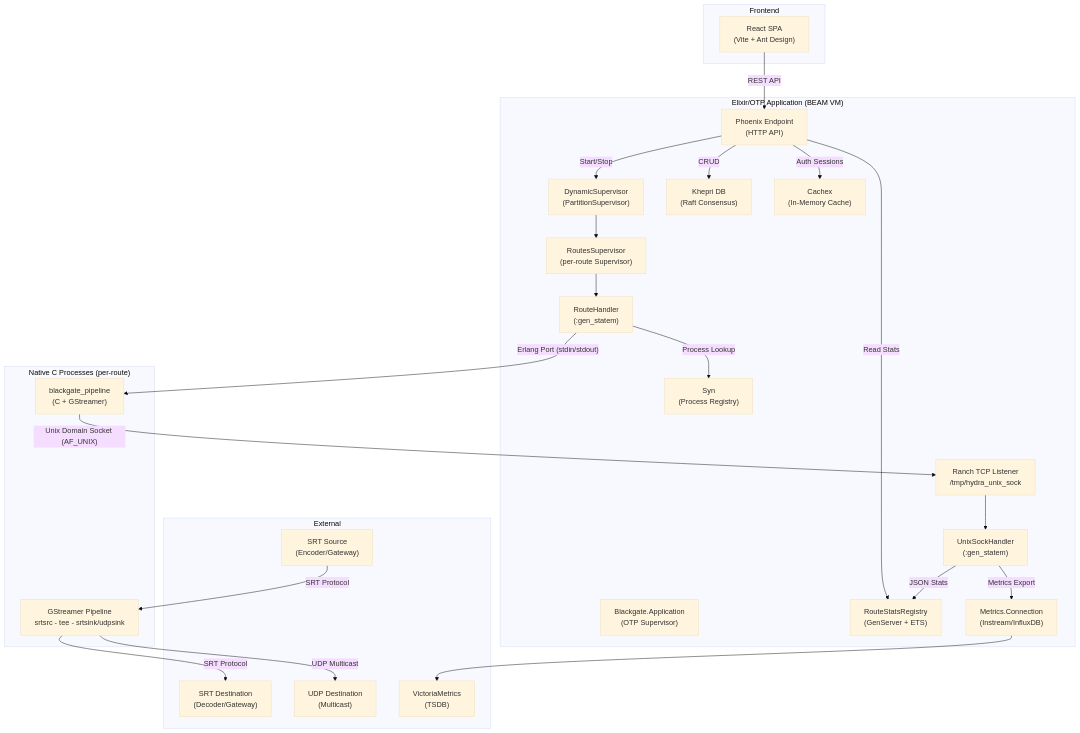
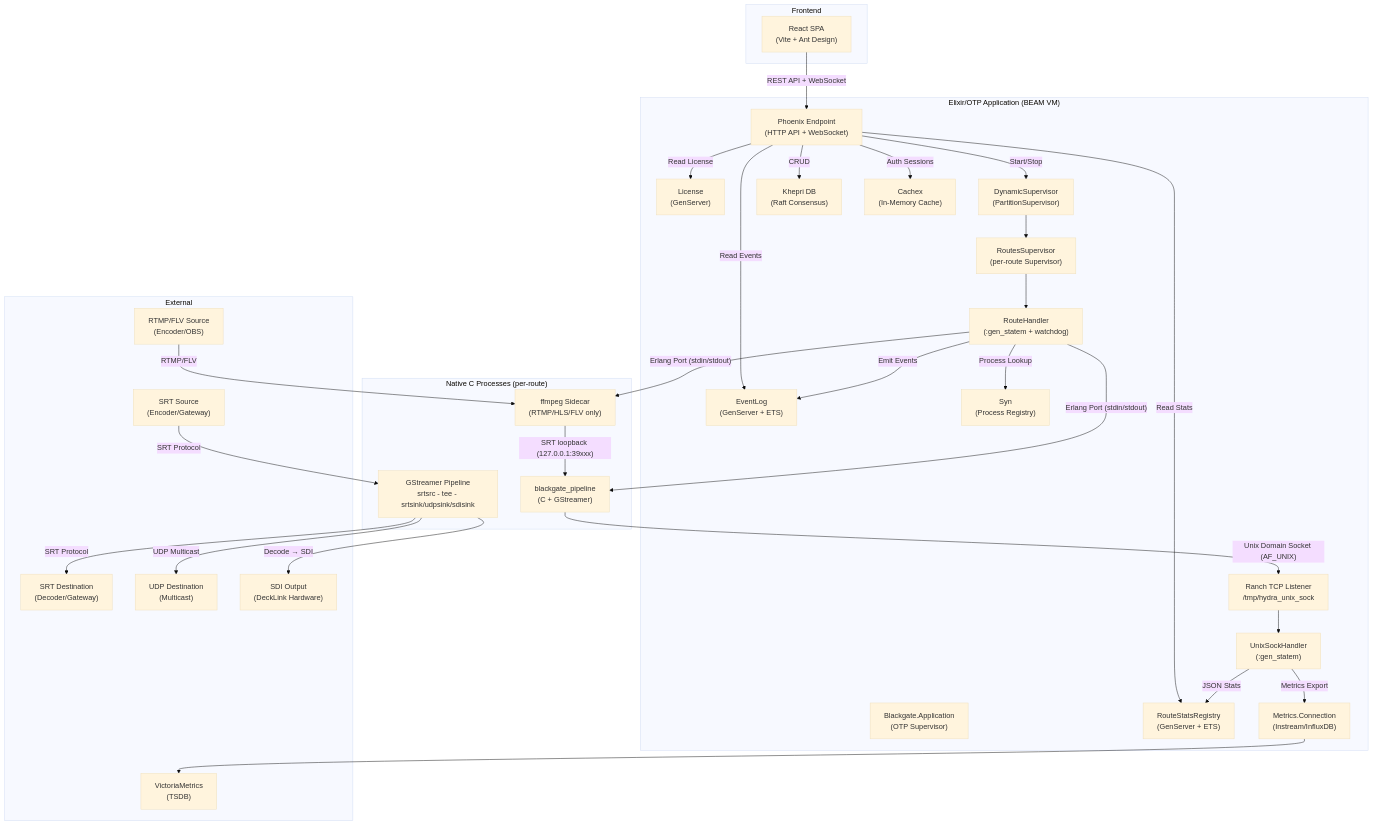
One commit to visual-alchemy/blackgate-project changed the diagram in docs/BLACKGATE_TECHNICAL_ANALYSIS.md. Above: the diagram before and after it, drawn with Mermaid (base theme). The commit also changed other lines of this file and 5 other files, not shown here.

First line of the commit message:
docs: update all docs for v0.3.0 (SDI, RTMP/ffmpeg, events, watchdog)

````diff
--- a/docs/BLACKGATE_TECHNICAL_ANALYSIS.md
+++ b/docs/BLACKGATE_TECHNICAL_ANALYSIS.md
@@ -24,53 +24,66 @@
 ```mermaid
 graph TB
     subgraph "Elixir/OTP Application (BEAM VM)"
         APP["Blackgate.Application<br/>(OTP Supervisor)"]
         RANCH["Ranch TCP Listener<br/>/tmp/hydra_unix_sock"]
         USH["UnixSockHandler<br/>(:gen_statem)"]
         RSR["RouteStatsRegistry<br/>(GenServer + ETS)"]
+        EVL["EventLog<br/>(GenServer + ETS)"]
+        LIC["License<br/>(GenServer)"]
         DS["DynamicSupervisor<br/>(PartitionSupervisor)"]
         RS["RoutesSupervisor<br/>(per-route Supervisor)"]
-        RH["RouteHandler<br/>(:gen_statem)"]
+        RH["RouteHandler<br/>(:gen_statem + watchdog)"]
         KHEPRI["Khepri DB<br/>(Raft Consensus)"]
         CACHEX["Cachex<br/>(In-Memory Cache)"]
         SYN["Syn<br/>(Process Registry)"]
-        PHOENIX["Phoenix Endpoint<br/>(HTTP API)"]
+        PHOENIX["Phoenix Endpoint<br/>(HTTP API + WebSocket)"]
         METRICS["Metrics.Connection<br/>(Instream/InfluxDB)"]
     end
 
     subgraph "Native C Processes (per-route)"
         NATIVE["blackgate_pipeline<br/>(C + GStreamer)"]
-        GST["GStreamer Pipeline<br/>srtsrc - tee - srtsink/udpsink"]
+        FFMPEG["ffmpeg Sidecar<br/>(RTMP/HLS/FLV only)"]
+        GST["GStreamer Pipeline<br/>srtsrc - tee - srtsink/udpsink/sdisink"]
     end
 
     subgraph "Frontend"
         REACT["React SPA<br/>(Vite + Ant Design)"]
     end
 
     subgraph "External"
         SRT_IN["SRT Source<br/>(Encoder/Gateway)"]
+        RTMP_IN["RTMP/FLV Source<br/>(Encoder/OBS)"]
         SRT_OUT["SRT Destination<br/>(Decoder/Gateway)"]
         UDP_OUT["UDP Destination<br/>(Multicast)"]
+        SDI_OUT["SDI Output<br/>(DeckLink Hardware)"]
         VM["VictoriaMetrics<br/>(TSDB)"]
     end
 
-    REACT -->|REST API| PHOENIX
+    REACT -->|REST API + WebSocket| PHOENIX
     PHOENIX -->|CRUD| KHEPRI
     PHOENIX -->|Auth Sessions| CACHEX
     PHOENIX -->|Read Stats| RSR
+    PHOENIX -->|Read Events| EVL
+    PHOENIX -->|Read License| LIC
     PHOENIX -->|Start/Stop| DS
 
     DS --> RS --> RH
     RH -->|"Erlang Port (stdin/stdout)"| NATIVE
+    RH -->|"Erlang Port (stdin/stdout)"| FFMPEG
     RH -->|Process Lookup| SYN
+    RH -->|Emit Events| EVL
+
+    FFMPEG -->|"SRT loopback (127.0.0.1:39xxx)"| NATIVE
 
     NATIVE -->|"Unix Domain Socket (AF_UNIX)"| RANCH
     RANCH --> USH
     USH -->|JSON Stats| RSR
     USH -->|Metrics Export| METRICS
     METRICS --> VM
 
     SRT_IN -->|SRT Protocol| GST
+    RTMP_IN -->|RTMP/FLV| FFMPEG
     GST -->|SRT Protocol| SRT_OUT
     GST -->|UDP Multicast| UDP_OUT
+    GST -->|Decode → SDI| SDI_OUT
 ```
````
